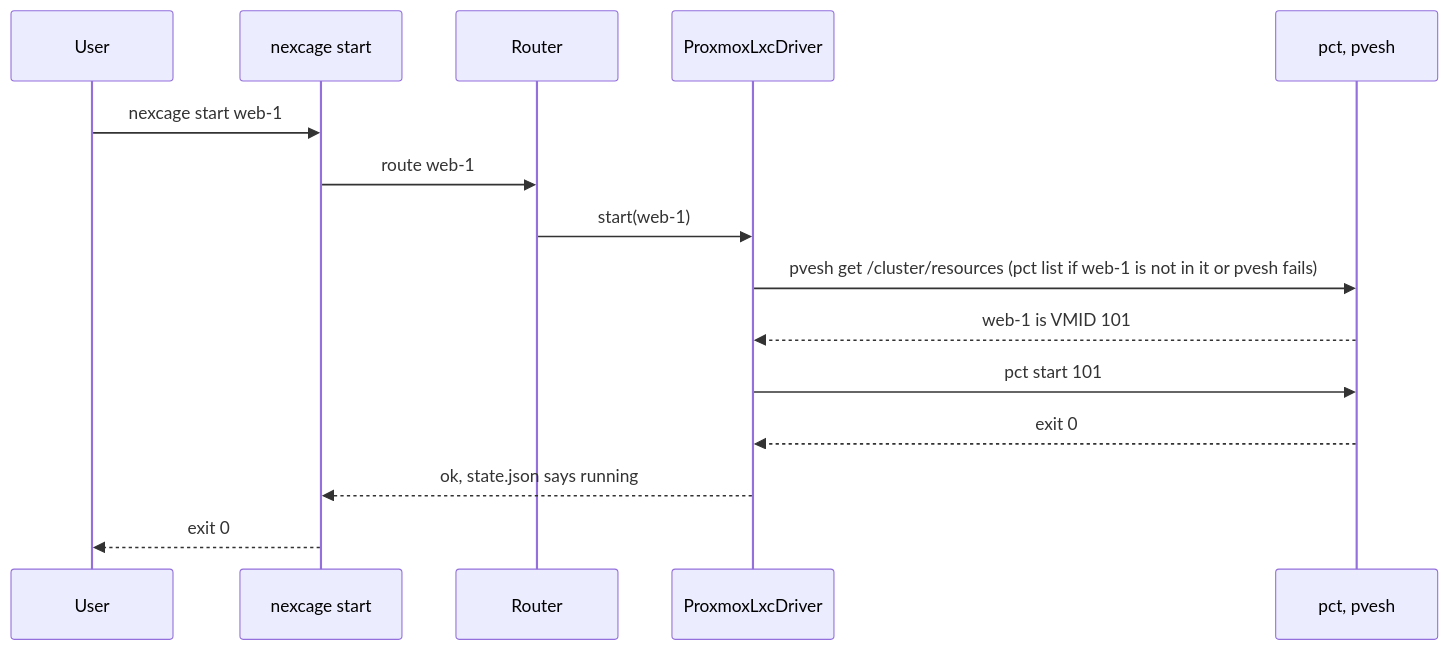
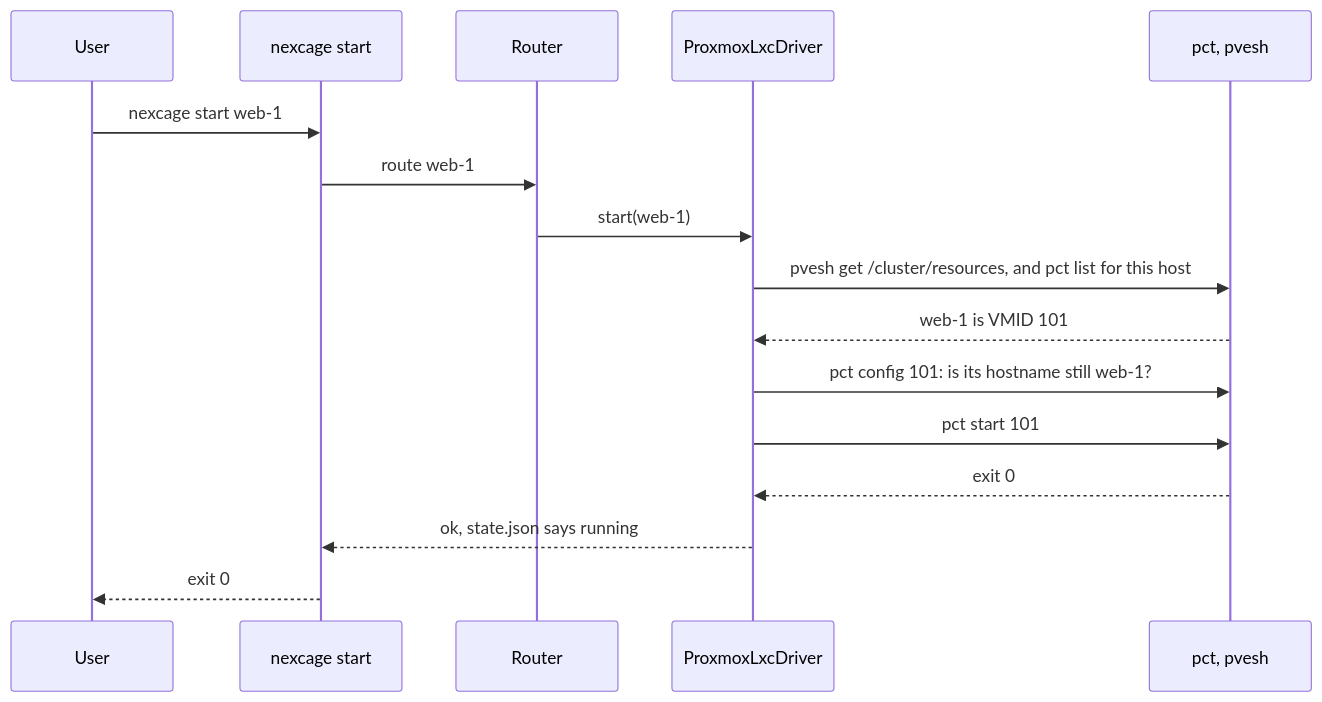
The second of 2 diagrams in docs/architecture/OVERVIEW.md (CageForge/nexcage), drawn with Mermaid before and after one commit. The commit also changed 2 other files, not shown here.

````diff
--- a/docs/architecture/OVERVIEW.md
+++ b/docs/architecture/OVERVIEW.md
@@ -32,18 +32,19 @@
 ```mermaid
 sequenceDiagram
   participant U as User
   participant C as nexcage start
   participant R as Router
   participant D as ProxmoxLxcDriver
   participant P as pct, pvesh
 
   U->>C: nexcage start web-1
   C->>R: route web-1
   R->>D: start(web-1)
-  D->>P: pvesh get /cluster/resources (pct list if web-1 is not in it or pvesh fails)
+  D->>P: pvesh get /cluster/resources, and pct list for this host
   P-->>D: web-1 is VMID 101
+  D->>P: pct config 101: is its hostname still web-1?
   D->>P: pct start 101
   P-->>D: exit 0
   D-->>C: ok, state.json says running
   C-->>U: exit 0
 ```
````
